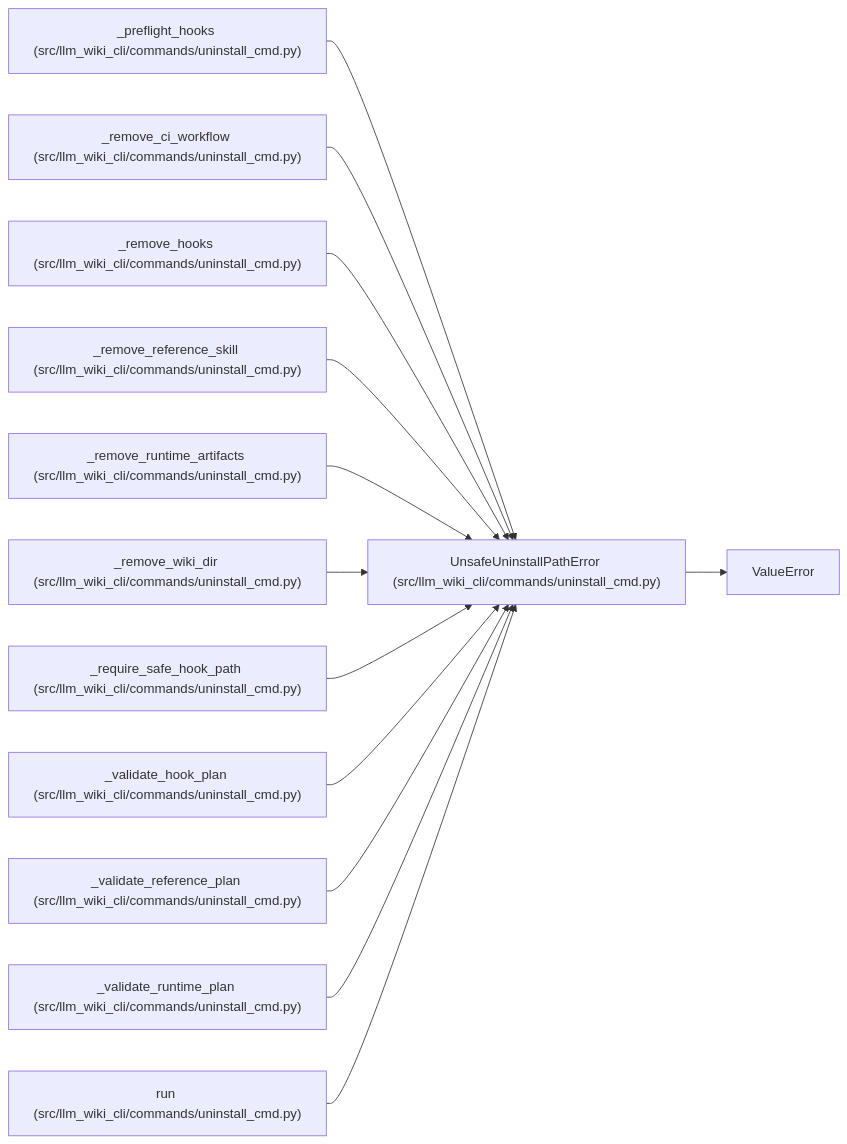
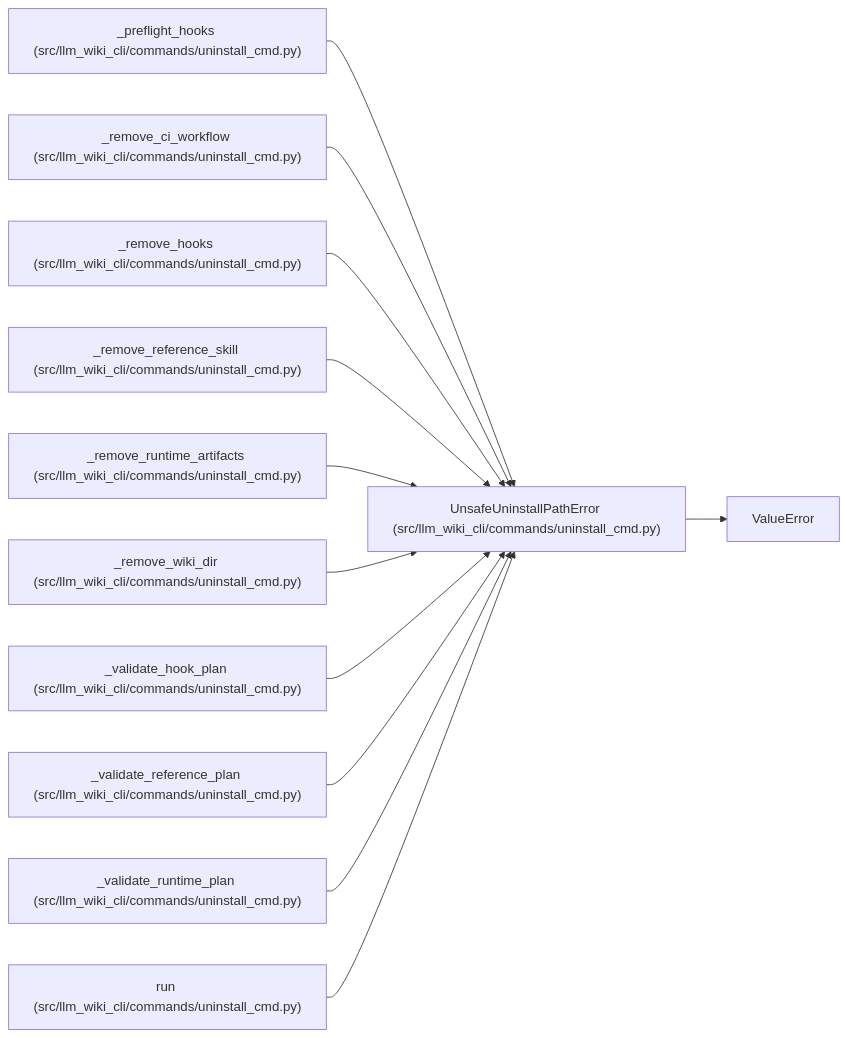
The diagram in docs/llm_wiki/entities/UnsafeUninstallPathError.md (Denissvgn/python-wiki-llm), drawn with Mermaid before and after one commit. The commit also changed other lines of this file and 35 other files, not shown here.

Commit message:
docs: refresh wiki after Git hook retirement

````diff
--- a/docs/llm_wiki/entities/UnsafeUninstallPathError.md
+++ b/docs/llm_wiki/entities/UnsafeUninstallPathError.md
@@ -23,40 +23,37 @@
 ```mermaid
 flowchart LR
     n0["UnsafeUninstallPathError (src/llm_wiki_cli/commands/uninstall_cmd.py)"]
     n1["ValueError"]
     n2["_preflight_hooks (src/llm_wiki_cli/commands/uninstall_cmd.py)"]
     n3["_remove_ci_workflow (src/llm_wiki_cli/commands/uninstall_cmd.py)"]
     n4["_remove_hooks (src/llm_wiki_cli/commands/uninstall_cmd.py)"]
     n5["_remove_reference_skill (src/llm_wiki_cli/commands/uninstall_cmd.py)"]
     n6["_remove_runtime_artifacts (src/llm_wiki_cli/commands/uninstall_cmd.py)"]
     n7["_remove_wiki_dir (src/llm_wiki_cli/commands/uninstall_cmd.py)"]
-    n8["_require_safe_hook_path (src/llm_wiki_cli/commands/uninstall_cmd.py)"]
-    n9["_validate_hook_plan (src/llm_wiki_cli/commands/uninstall_cmd.py)"]
-    n10["_validate_reference_plan (src/llm_wiki_cli/commands/uninstall_cmd.py)"]
-    n11["_validate_runtime_plan (src/llm_wiki_cli/commands/uninstall_cmd.py)"]
-    n12["run (src/llm_wiki_cli/commands/uninstall_cmd.py)"]
+    n8["_validate_hook_plan (src/llm_wiki_cli/commands/uninstall_cmd.py)"]
+    n9["_validate_reference_plan (src/llm_wiki_cli/commands/uninstall_cmd.py)"]
+    n10["_validate_runtime_plan (src/llm_wiki_cli/commands/uninstall_cmd.py)"]
+    n11["run (src/llm_wiki_cli/commands/uninstall_cmd.py)"]
     n0 --> n1
     n2 --> n0
     n3 --> n0
     n4 --> n0
     n5 --> n0
     n6 --> n0
     n7 --> n0
     n8 --> n0
     n9 --> n0
     n10 --> n0
     n11 --> n0
-    n12 --> n0
     click n0 "../modules/uninstall_cmd.md"
     click n2 "../modules/uninstall_cmd.md"
     click n3 "../modules/uninstall_cmd.md"
     click n4 "../modules/uninstall_cmd.md"
     click n5 "../modules/uninstall_cmd.md"
     click n6 "../modules/uninstall_cmd.md"
     click n7 "../modules/uninstall_cmd.md"
     click n8 "../modules/uninstall_cmd.md"
     click n9 "../modules/uninstall_cmd.md"
     click n10 "../modules/uninstall_cmd.md"
     click n11 "../modules/uninstall_cmd.md"
-    click n12 "../modules/uninstall_cmd.md"
 ```
````
